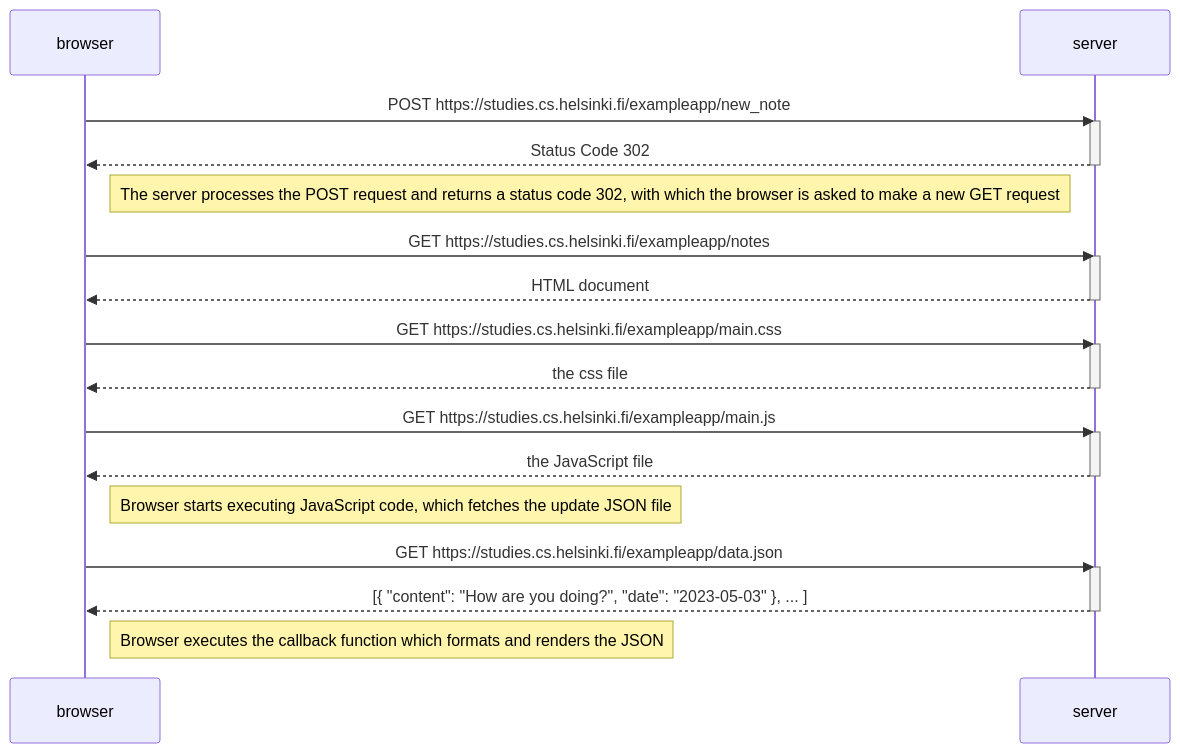
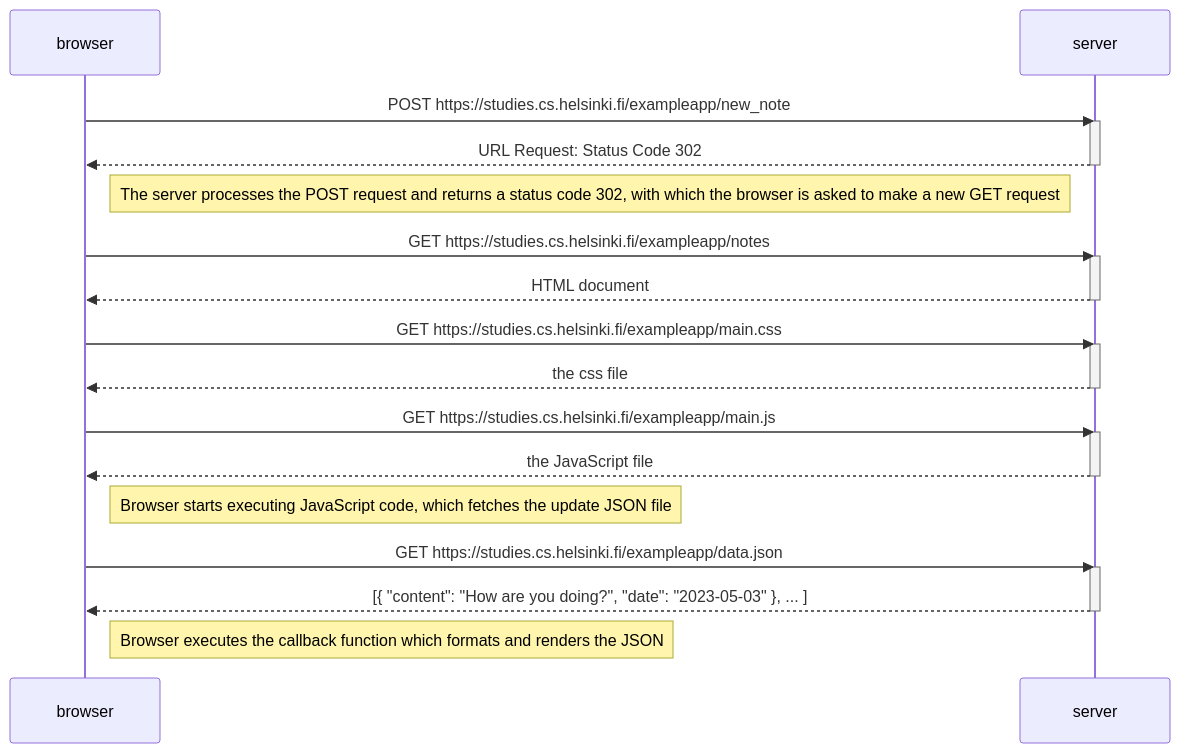
One commit to emmanuelmoon/fullstackopen_exercises changed the diagram in part0/exercise_0_4.md. Above: the diagram before and after it, drawn with Mermaid.

Commit message:
Added URL Request as server response

````diff
--- a/part0/exercise_0_4.md
+++ b/part0/exercise_0_4.md
@@ -13,38 +13,38 @@
 ```mermaid
 sequenceDiagram
     participant browser
     participant server
 
     browser->>server: POST https://studies.cs.helsinki.fi/exampleapp/new_note
     activate server
-    server-->>browser: Status Code 302
+    server-->>browser: URL Request: Status Code 302
     deactivate server
 
     Note right of browser: The server processes the POST request and returns a status code 302, with which the browser is asked to make a new GET request
 
     browser->>server: GET https://studies.cs.helsinki.fi/exampleapp/notes
     activate server
     server-->>browser: HTML document
     deactivate server
 
     browser->>server: GET https://studies.cs.helsinki.fi/exampleapp/main.css
     activate server
     server-->>browser: the css file
     deactivate server
 
     browser->>server: GET https://studies.cs.helsinki.fi/exampleapp/main.js
     activate server
     server-->>browser: the JavaScript file
     deactivate server
 
     Note right of browser: Browser starts executing JavaScript code, which fetches the update JSON file
 
     browser->>server: GET https://studies.cs.helsinki.fi/exampleapp/data.json
     activate server
     server-->>browser: [{ "content": "How are you doing?", "date": "2023-05-03" }, ... ]
     deactivate server
 
     Note right of browser: Browser executes the callback function which formats and renders the JSON
 
 
 ```
````
